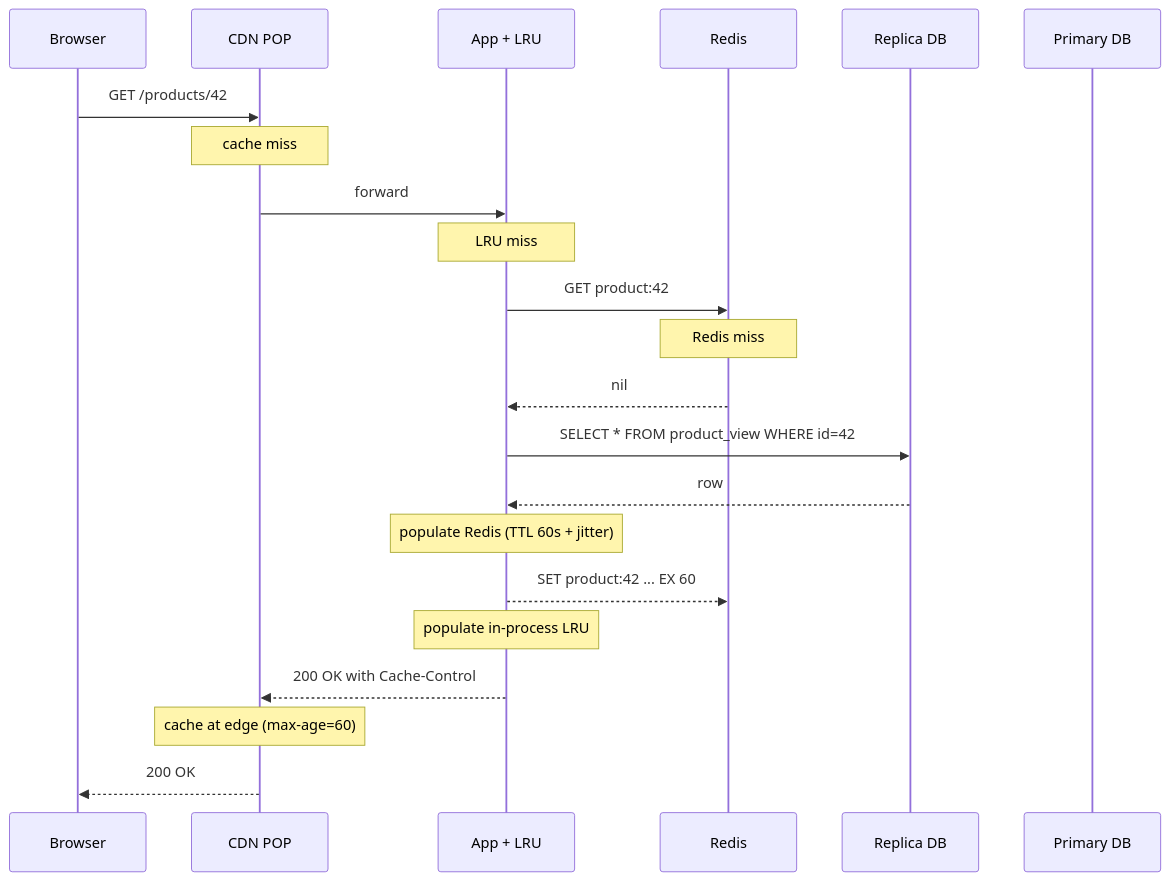
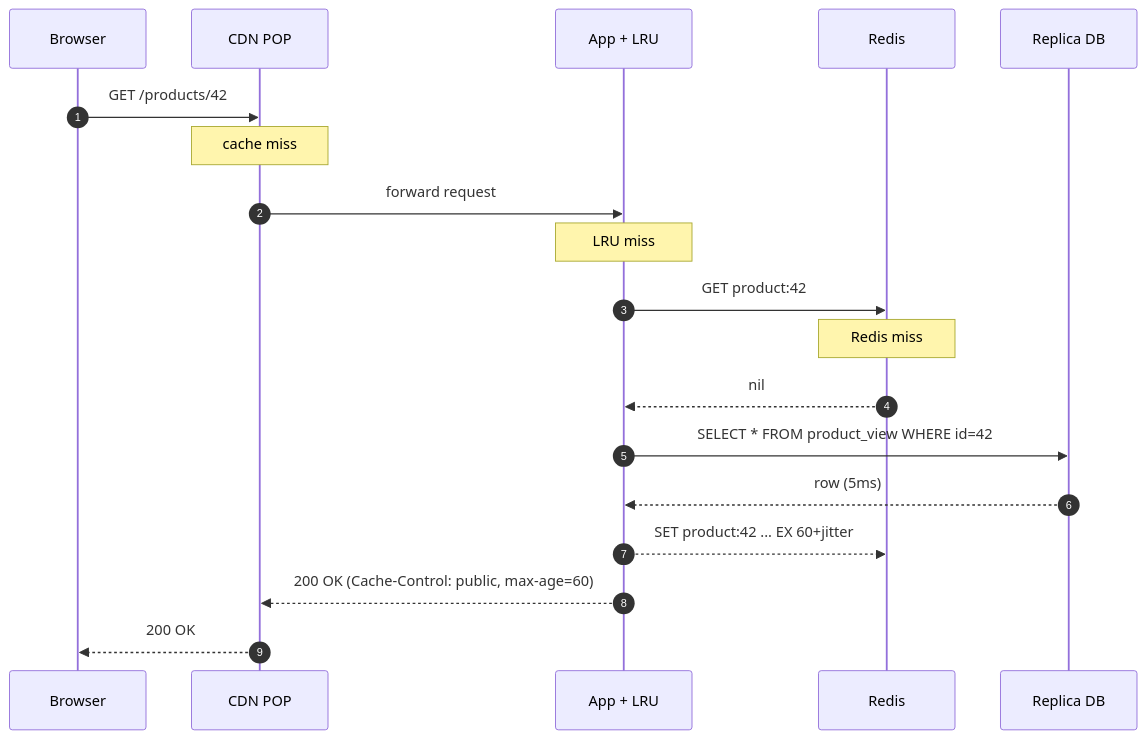
The tenth of 22 diagrams in _practice/system-design/017-read-heavy-patterns.md (shiningflash/shiningflash.github.io), drawn with Mermaid before and after one commit. The commit also changed other lines of this file and 19 other files, not shown here.

````diff
--- a/_practice/system-design/017-read-heavy-patterns.md
+++ b/_practice/system-design/017-read-heavy-patterns.md
@@ -936,25 +429,22 @@
 ```mermaid
 sequenceDiagram
+    autonumber
     participant B as Browser
     participant CDN as CDN POP
     participant App as App + LRU
     participant R as Redis
     participant Rep as Replica DB
-    participant P as Primary DB
 
     B->>CDN: GET /products/42
     Note over CDN: cache miss
-    CDN->>App: forward
+    CDN->>App: forward request
     Note over App: LRU miss
     App->>R: GET product:42
     Note over R: Redis miss
     R-->>App: nil
     App->>Rep: SELECT * FROM product_view WHERE id=42
-    Rep-->>App: row
-    Note over App: populate Redis (TTL 60s + jitter)
-    App-->>R: SET product:42 ... EX 60
-    Note over App: populate in-process LRU
-    App-->>CDN: 200 OK with Cache-Control
-    Note over CDN: cache at edge (max-age=60)
+    Rep-->>App: row (5ms)
+    App-->>R: SET product:42 ... EX 60+jitter
+    App-->>CDN: 200 OK (Cache-Control: public, max-age=60)
     CDN-->>B: 200 OK
 ```
````
